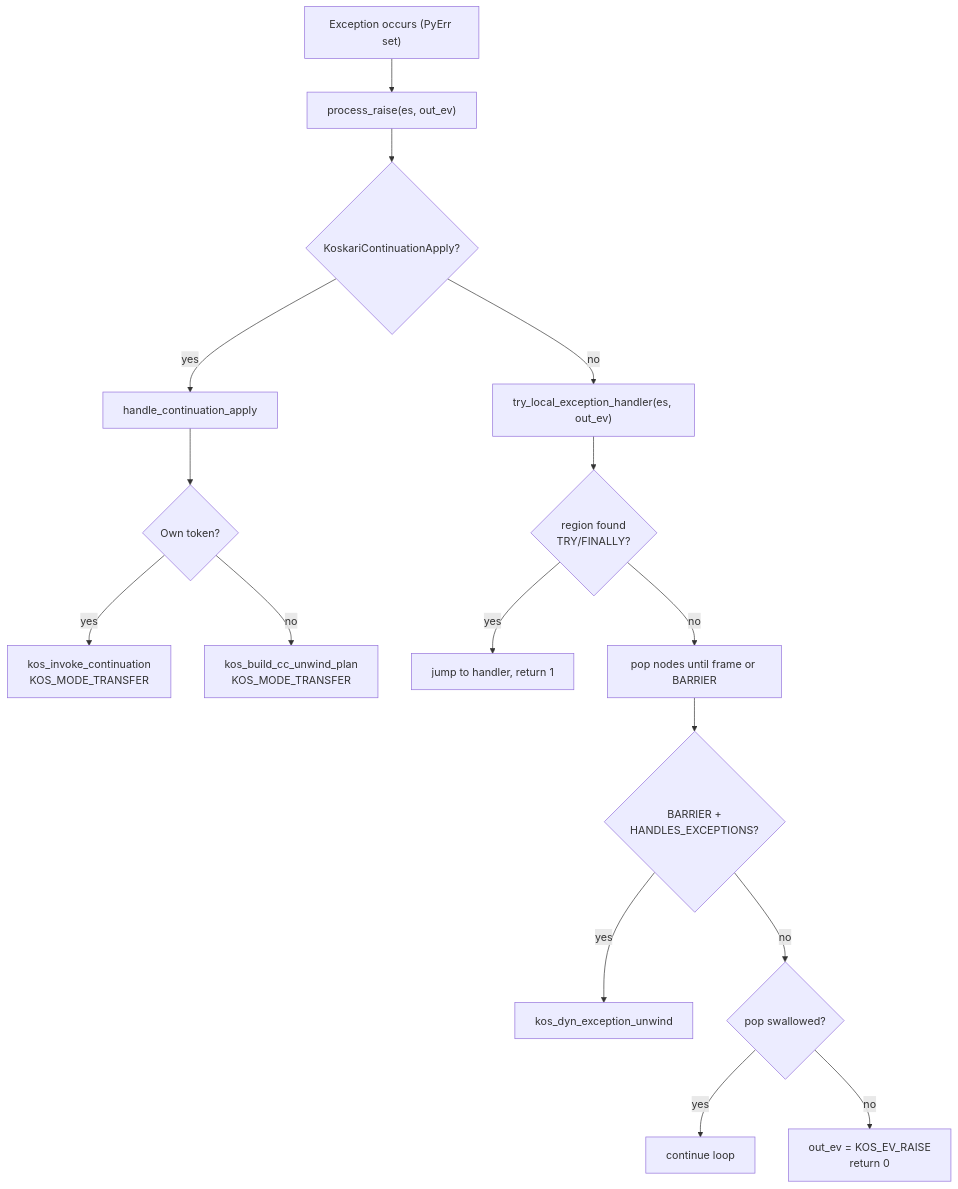
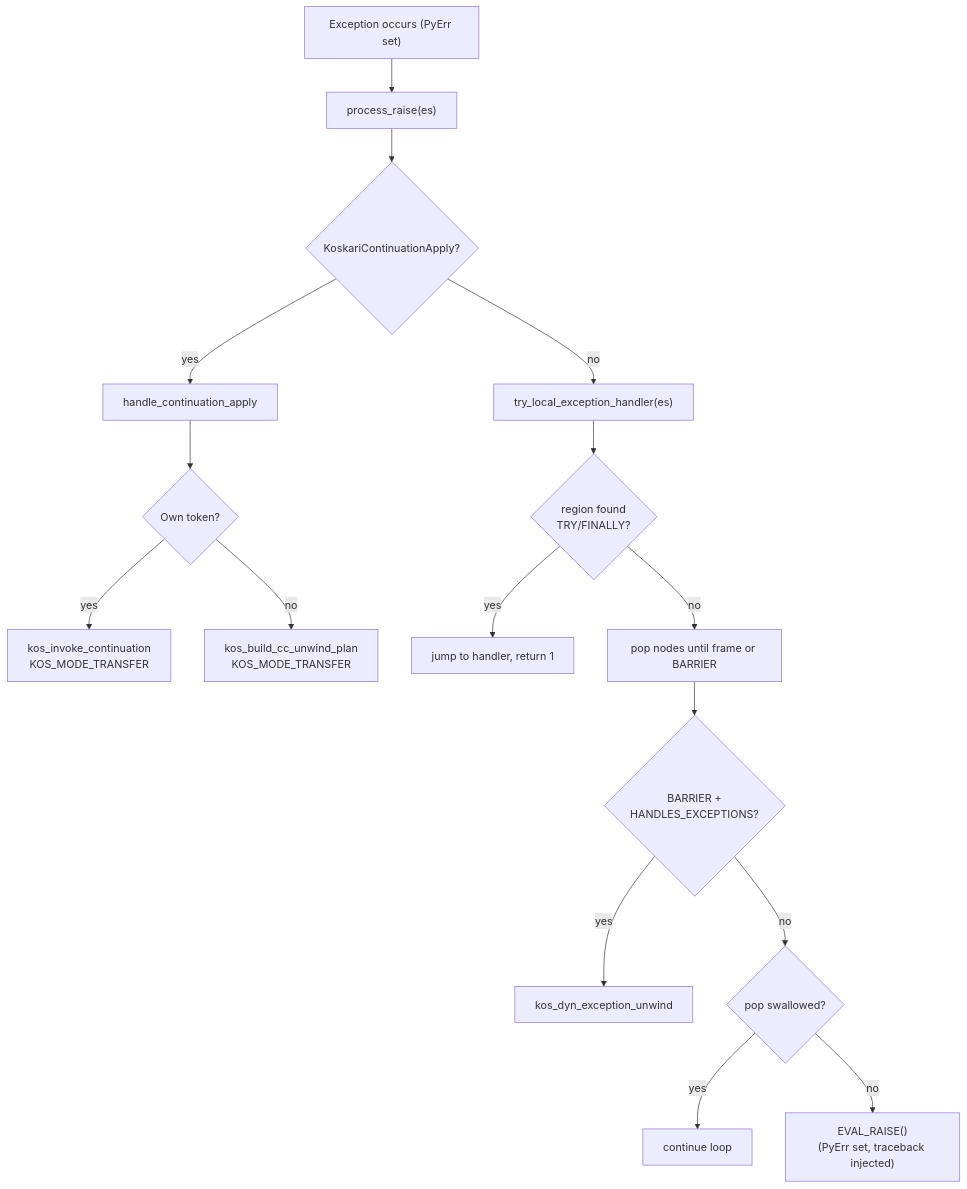
One commit to koskari-lang/koskari changed the ninth of 11 diagrams in design/EVALUATOR.md. Above: the diagram before and after it, drawn with Mermaid. The commit also changed other lines of this file and 5 other files, not shown here.

````diff
--- a/design/EVALUATOR.md
+++ b/design/EVALUATOR.md
@@ -504,34 +501,34 @@
 ```mermaid
 flowchart TD
     exc["Exception occurs (PyErr set)"]
-    process["process_raise(es, out_ev)"]
+    process["process_raise(es)"]
     cc_check{"KoskariContinuationApply?"}
     handle_cc["handle_continuation_apply"]
     own{"Own token?"}
     invoke["kos_invoke_continuation<br/>KOS_MODE_TRANSFER"]
     foreign["kos_build_cc_unwind_plan<br/>KOS_MODE_TRANSFER"]
-    try_local["try_local_exception_handler(es, out_ev)"]
+    try_local["try_local_exception_handler(es)"]
     region{"region found<br/>TRY/FINALLY?"}
     jump["jump to handler, return 1"]
     pop["pop nodes until frame or BARRIER"]
     barrier{"BARRIER +<br/>HANDLES_EXCEPTIONS?"}
     unwind["kos_dyn_exception_unwind"]
     swallowed{"pop swallowed?"}
-    no_handler["out_ev = KOS_EV_RAISE<br/>return 0"]
+    no_handler["EVAL_RAISE()<br/>(PyErr set, traceback injected)"]
 
     exc --> process
     process --> cc_check
     cc_check -->|yes| handle_cc
     handle_cc --> own
     own -->|yes| invoke
     own -->|no| foreign
     cc_check -->|no| try_local
     try_local --> region
     region -->|yes| jump
     region -->|no| pop
     pop --> barrier
     barrier -->|yes| unwind
     barrier -->|no| swallowed
     swallowed -->|yes| loop_cont2["continue loop"]
     swallowed -->|no| no_handler
 ```
````
